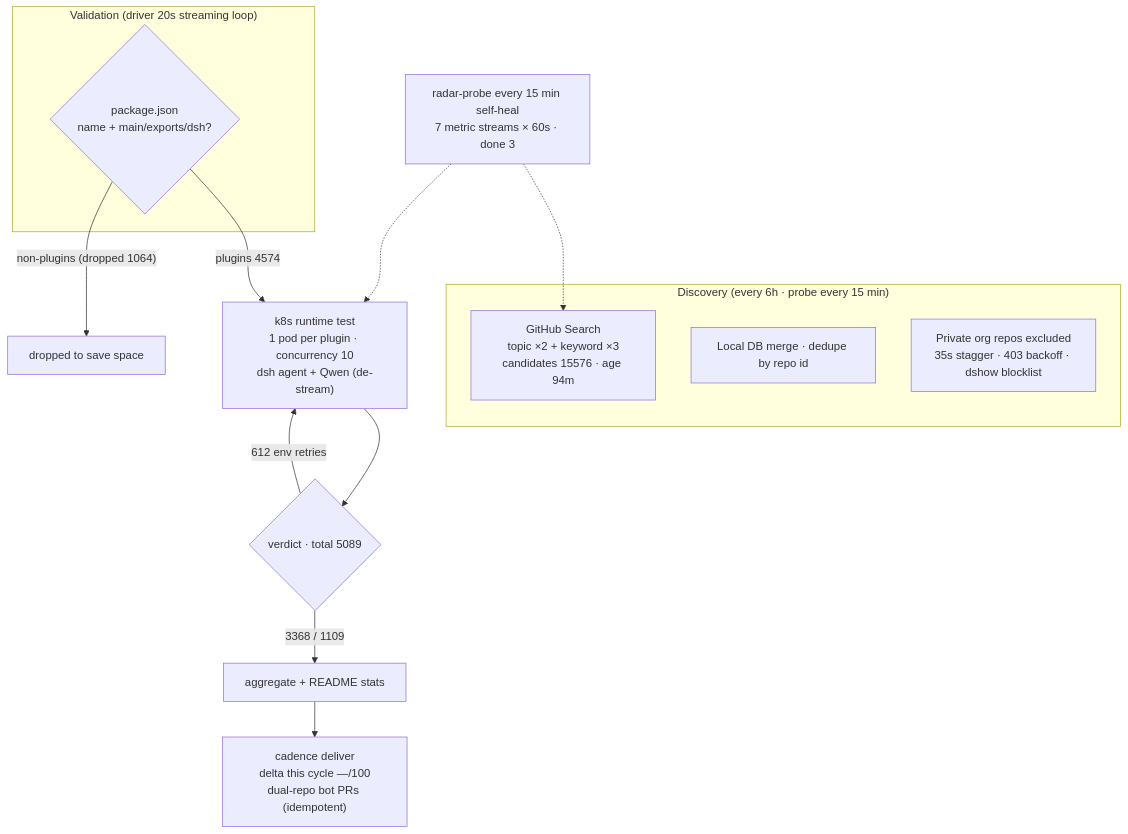
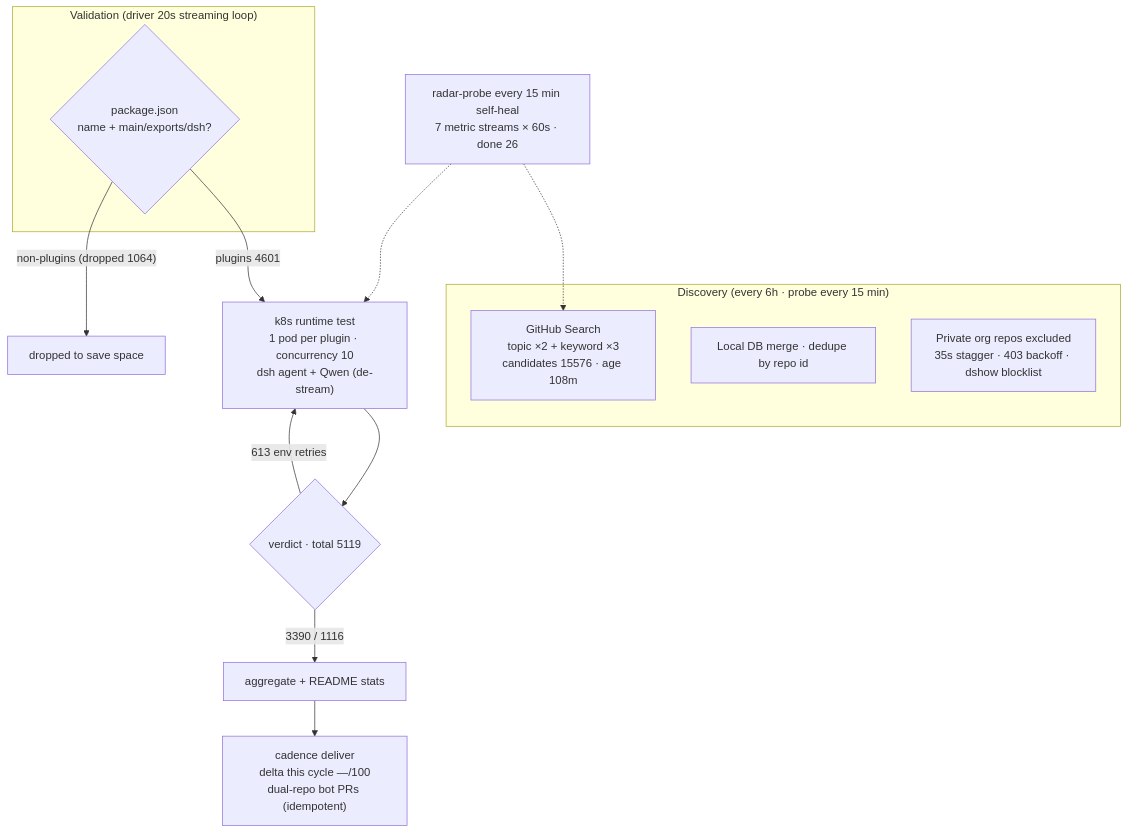
The diagram in README.en-US.md (AdamPlatin123/awesome-dsh-plugins), drawn with Mermaid before and after one commit. The commit also changed other lines of this file and 5 other files, not shown here.

````diff
--- a/README.en-US.md
+++ b/README.en-US.md
@@ -30,20 +30,20 @@
 ```mermaid
 flowchart TB
     subgraph Discovery["Discovery (every 6h · probe every 15 min)"]
-        A1["GitHub Search<br/>topic ×2 + keyword ×3<br/>candidates 15576 · age 94m"]
+        A1["GitHub Search<br/>topic ×2 + keyword ×3<br/>candidates 15576 · age 108m"]
         A2["Local DB merge · dedupe by repo id"]
         A3["Private org repos excluded<br/>35s stagger · 403 backoff · dshow blocklist"]
     end
     subgraph Validation["Validation (driver 20s streaming loop)"]
         B1{"package.json<br/>name + main/exports/dsh?"}
     end
-    B1 -->|"plugins 4574"| C1["k8s runtime test<br/>1 pod per plugin · concurrency 10<br/>dsh agent + Qwen (de-stream)"]
+    B1 -->|"plugins 4601"| C1["k8s runtime test<br/>1 pod per plugin · concurrency 10<br/>dsh agent + Qwen (de-stream)"]
     B1 -->|"non-plugins (dropped 1064)"| B3["dropped to save space"]
-    C1 --> D1{"verdict · total 5089"}
-    D1 -->|"3368 / 1109"| E1["aggregate + README stats"]
-    D1 -->|"612 env retries"| C1
+    C1 --> D1{"verdict · total 5119"}
+    D1 -->|"3390 / 1116"| E1["aggregate + README stats"]
+    D1 -->|"613 env retries"| C1
     E1 --> E2["cadence deliver<br/>delta this cycle —/100<br/>dual-repo bot PRs (idempotent)"]
-    M["radar-probe every 15 min self-heal<br/>7 metric streams × 60s · done 3"]
+    M["radar-probe every 15 min self-heal<br/>7 metric streams × 60s · done 26"]
     M -.-> A1
     M -.-> C1
 ```
````
